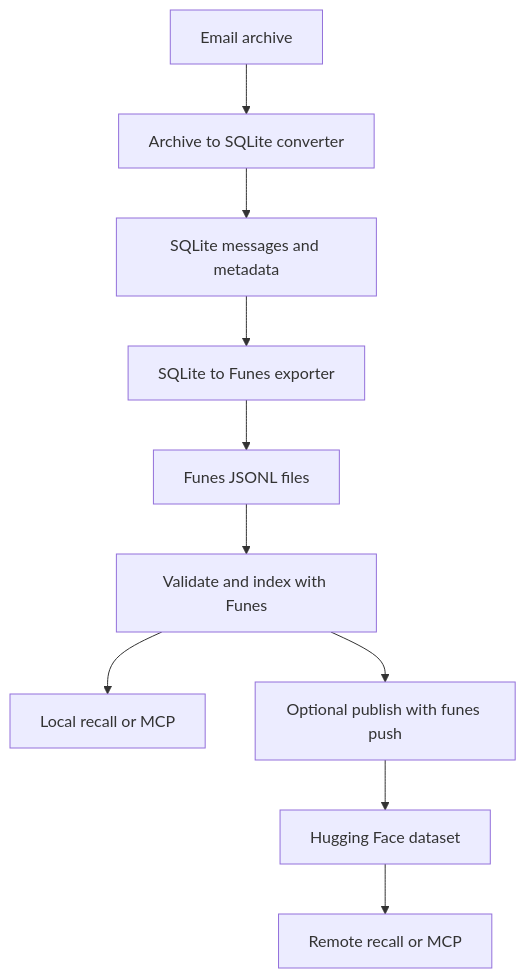
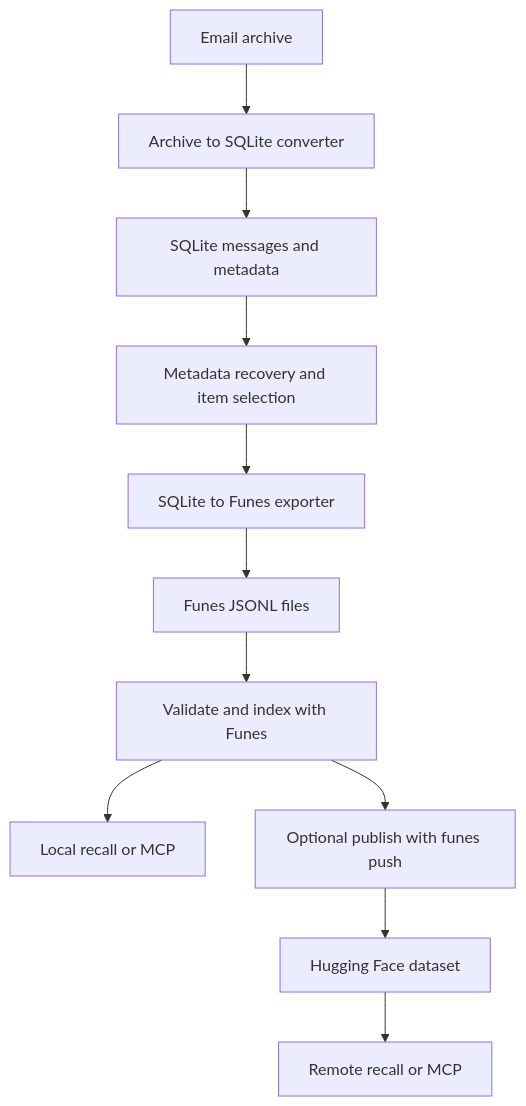
The diagram in docs/funes-workflow.md (speccy88/email-funes), drawn with Mermaid before and after one commit. The commit also changed other lines of this file and 19 other files, not shown here.

First line of the commit message:
Add PST metadata recovery and enriched Funes exports

````diff
--- a/docs/funes-workflow.md
+++ b/docs/funes-workflow.md
@@ -7,12 +7,13 @@
 ```mermaid
 flowchart TD
     A["Email archive"] --> B["Archive to SQLite converter"]
     B --> C["SQLite messages and metadata"]
-    C --> D["SQLite to Funes exporter"]
+    C --> R["Metadata recovery and item selection"]
+    R --> D["SQLite to Funes exporter"]
     D --> E["Funes JSONL files"]
     E --> F["Validate and index with Funes"]
     F --> G["Local recall or MCP"]
     F --> H["Optional publish with funes push"]
     H --> I["Hugging Face dataset"]
     I --> J["Remote recall or MCP"]
 ```
````
